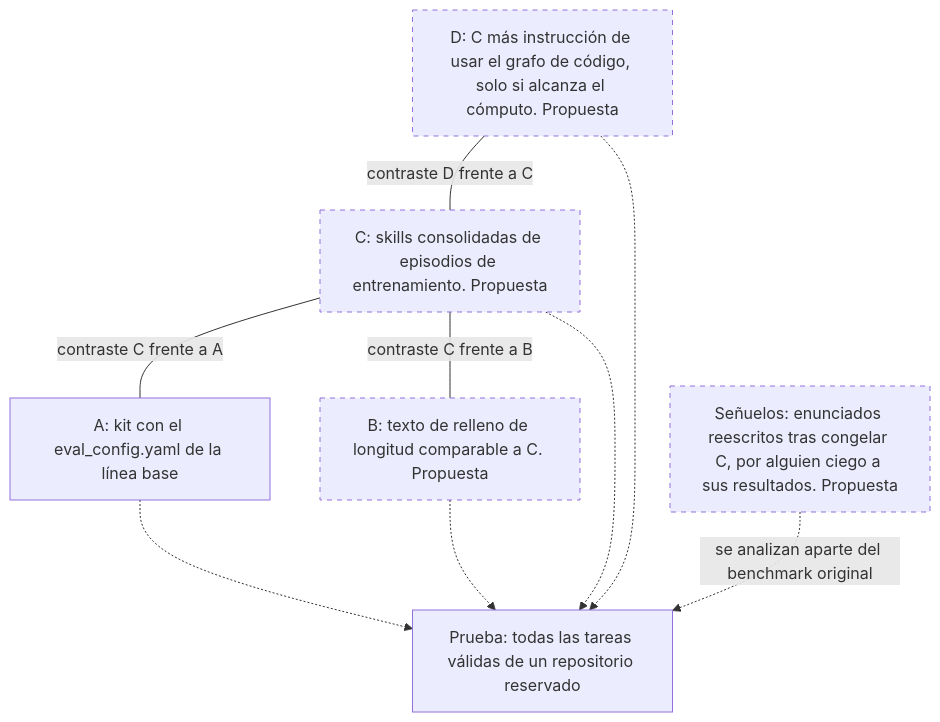
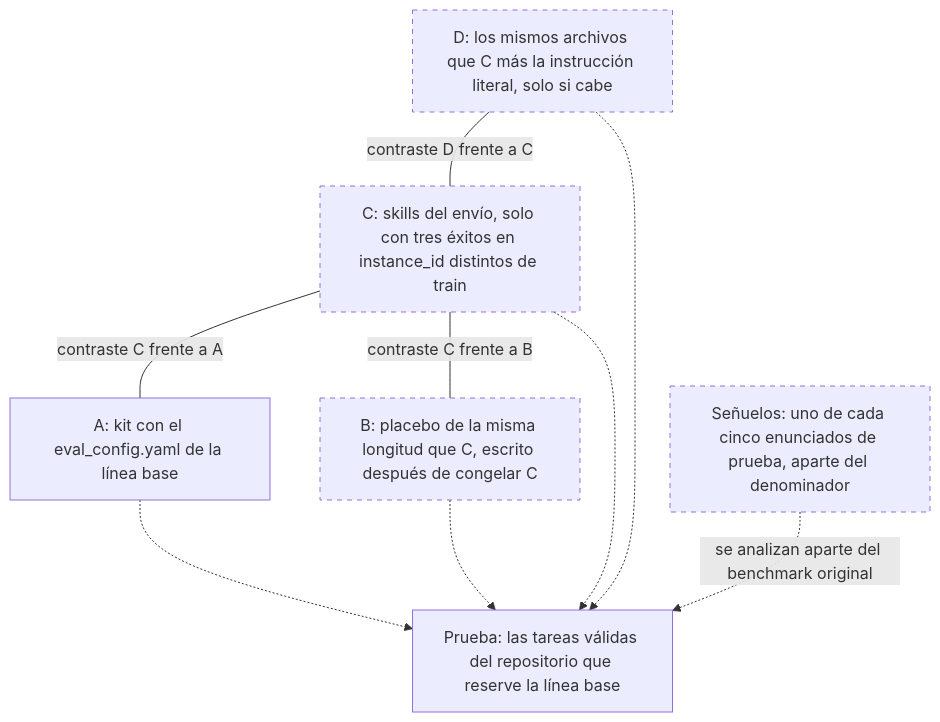
One commit to cherrera0001/Agents_Learning_Loops changed the fourth of 6 diagrams in experiments/gemma_developer_agent/README.md. Above: the diagram before and after it, drawn with Mermaid. The commit also changed other lines of this file and 4 other files, not shown here.

````diff
--- a/experiments/gemma_developer_agent/README.md
+++ b/experiments/gemma_developer_agent/README.md
@@ -659,21 +659,21 @@
 ```mermaid
 flowchart TD
     A["A: kit con el eval_config.yaml de la línea base"]
-    B["B: texto de relleno de longitud comparable a C. Propuesta"]
-    C["C: skills consolidadas de episodios de entrenamiento. Propuesta"]
-    D["D: C más instrucción de usar el grafo de código, solo si alcanza el cómputo. Propuesta"]
-    P["Prueba: todas las tareas válidas de un repositorio reservado"]
-    S["Señuelos: enunciados reescritos tras congelar C, por alguien ciego a sus resultados. Propuesta"]
+    B["B: placebo de la misma longitud que C, escrito después de congelar C"]
+    C["C: skills del envío, solo con tres éxitos en instance_id distintos de train"]
+    D["D: los mismos archivos que C más la instrucción literal, solo si cabe"]
+    P["Prueba: las tareas válidas del repositorio que reserve la línea base"]
+    S["Señuelos: uno de cada cinco enunciados de prueba, aparte del denominador"]
     A -.-> P
     B -.-> P
     C -.-> P
     D -.-> P
     C ---|"contraste C frente a A"| A
     C ---|"contraste C frente a B"| B
     D ---|"contraste D frente a C"| C
     S -.->|"se analizan aparte del benchmark original"| P
     style B stroke-dasharray: 5 5
     style C stroke-dasharray: 5 5
     style D stroke-dasharray: 5 5
     style S stroke-dasharray: 5 5
 ```
````
